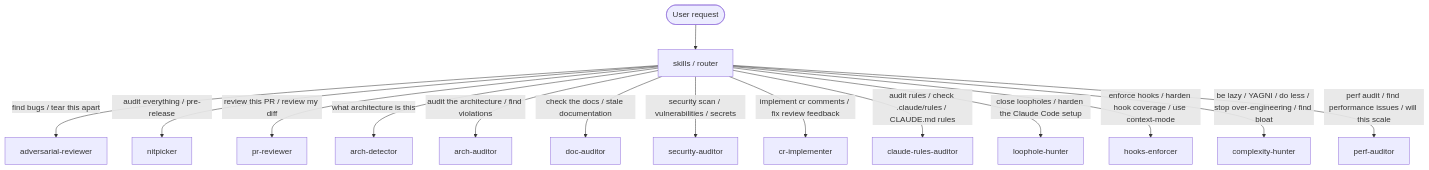
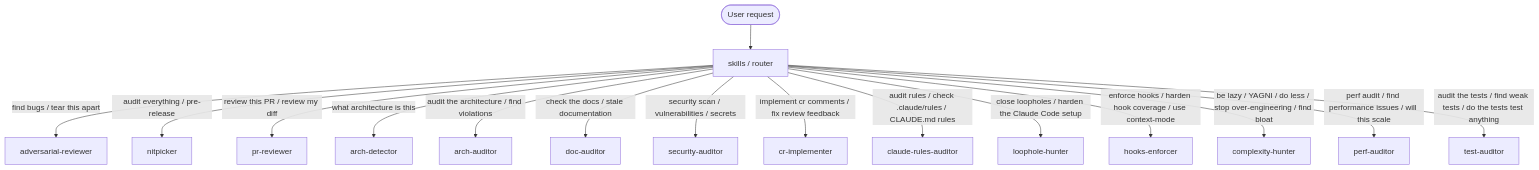
One commit to ivuorinen/skills changed the fifth of 6 diagrams in .claude/skills/README.md. Above: the diagram before and after it, drawn with Mermaid. The commit also changed other lines of this file and 6 other files, not shown here.

First line of the commit message:
feat: add test-auditor skill (#33)

````diff
--- a/.claude/skills/README.md
+++ b/.claude/skills/README.md
@@ -269,17 +275,18 @@
 ```mermaid
 flowchart TD
     U([User request]) --> R[skills / router]
     R -->|"find bugs / tear this apart"| AR[adversarial-reviewer]
     R -->|"audit everything / pre-release"| NP[nitpicker]
     R -->|"review this PR / review my diff"| PR[pr-reviewer]
     R -->|"what architecture is this"| AD[arch-detector]
     R -->|"audit the architecture / find violations"| AA[arch-auditor]
     R -->|"check the docs / stale documentation"| DA[doc-auditor]
     R -->|"security scan / vulnerabilities / secrets"| SA[security-auditor]
     R -->|"implement cr comments / fix review feedback"| CRI[cr-implementer]
     R -->|"audit rules / check .claude/rules / CLAUDE.md rules"| CRA[claude-rules-auditor]
     R -->|"close loopholes / harden the Claude Code setup"| LH[loophole-hunter]
     R -->|"enforce hooks / harden hook coverage / use context-mode"| HE[hooks-enforcer]
     R -->|"be lazy / YAGNI / do less / stop over-engineering / find bloat"| CH[complexity-hunter]
     R -->|"perf audit / find performance issues / will this scale"| PA[perf-auditor]
+    R -->|"audit the tests / find weak tests / do the tests test anything"| TA[test-auditor]
 ```
````
